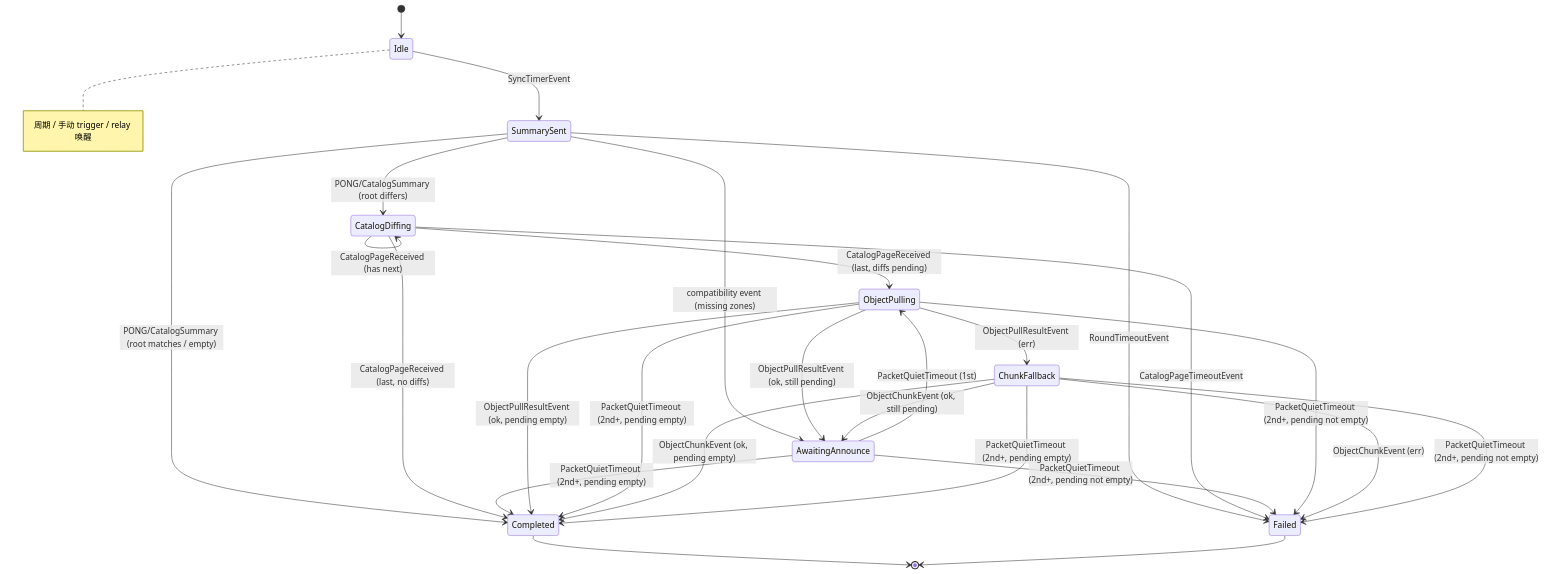
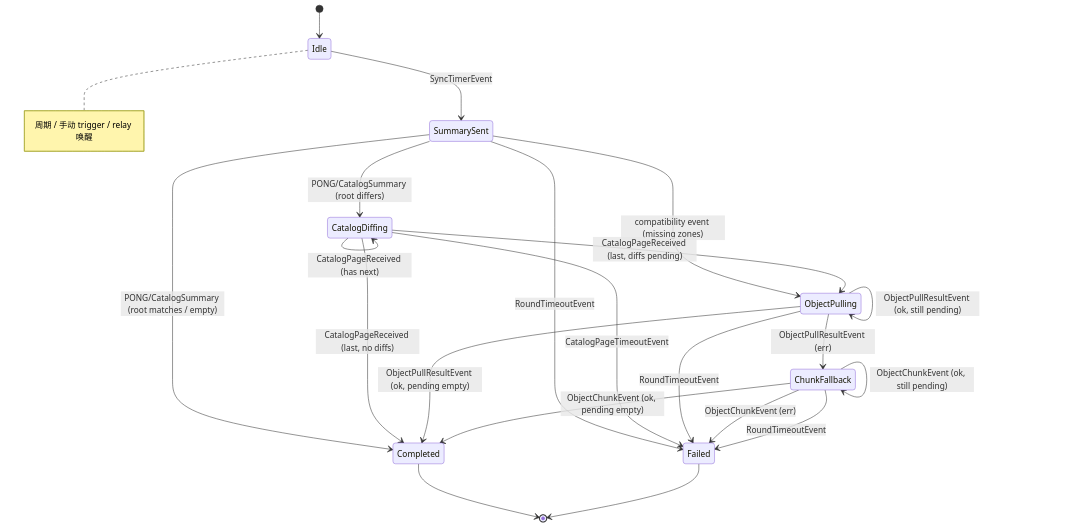
Before and after one commit to HiggsNet/higgs: the diagram in docs/new/gossip.md, drawn with Mermaid. The commit also changed other lines of this file and 9 other files, not shown here.

First line of the commit message:
refactor(sync): 删除 AwaitingAnnounce 状态与 PacketQuietTimeout，状态机完全收敛

````diff
--- a/docs/new/gossip.md
+++ b/docs/new/gossip.md
@@ -429,38 +428,32 @@
 ```mermaid
 stateDiagram-v2
     [*] --> Idle
 
     Idle --> SummarySent : SyncTimerEvent
     note right of Idle
       周期 / 手动 trigger / relay 唤醒
     end note
 
     SummarySent --> CatalogDiffing : PONG/CatalogSummary (root differs)
     SummarySent --> Completed : PONG/CatalogSummary (root matches / empty)
-    SummarySent --> AwaitingAnnounce : compatibility event (missing zones)
+    SummarySent --> ObjectPulling : compatibility event (missing zones)
     SummarySent --> Failed : RoundTimeoutEvent
 
     CatalogDiffing --> CatalogDiffing : CatalogPageReceived (has next)
     CatalogDiffing --> ObjectPulling : CatalogPageReceived (last, diffs pending)
     CatalogDiffing --> Completed : CatalogPageReceived (last, no diffs)
     CatalogDiffing --> Failed : CatalogPageTimeoutEvent
 
-    AwaitingAnnounce --> ObjectPulling : PacketQuietTimeout (1st)
-    AwaitingAnnounce --> Completed : PacketQuietTimeout (2nd+, pending empty)
-    AwaitingAnnounce --> Failed : PacketQuietTimeout (2nd+, pending not empty)
-
-    ObjectPulling --> AwaitingAnnounce : ObjectPullResultEvent (ok, still pending)
+    ObjectPulling --> ObjectPulling : ObjectPullResultEvent (ok, still pending)
     ObjectPulling --> Completed : ObjectPullResultEvent (ok, pending empty)
     ObjectPulling --> ChunkFallback : ObjectPullResultEvent (err)
-    ObjectPulling --> Completed : PacketQuietTimeout (2nd+, pending empty)
-    ObjectPulling --> Failed : PacketQuietTimeout (2nd+, pending not empty)
+    ObjectPulling --> Failed : RoundTimeoutEvent
 
-    ChunkFallback --> AwaitingAnnounce : ObjectChunkEvent (ok, still pending)
+    ChunkFallback --> ChunkFallback : ObjectChunkEvent (ok, still pending)
     ChunkFallback --> Completed : ObjectChunkEvent (ok, pending empty)
     ChunkFallback --> Failed : ObjectChunkEvent (err)
-    ChunkFallback --> Completed : PacketQuietTimeout (2nd+, pending empty)
-    ChunkFallback --> Failed : PacketQuietTimeout (2nd+, pending not empty)
+    ChunkFallback --> Failed : RoundTimeoutEvent
 
     Completed --> [*]
     Failed --> [*]
 ```
````
